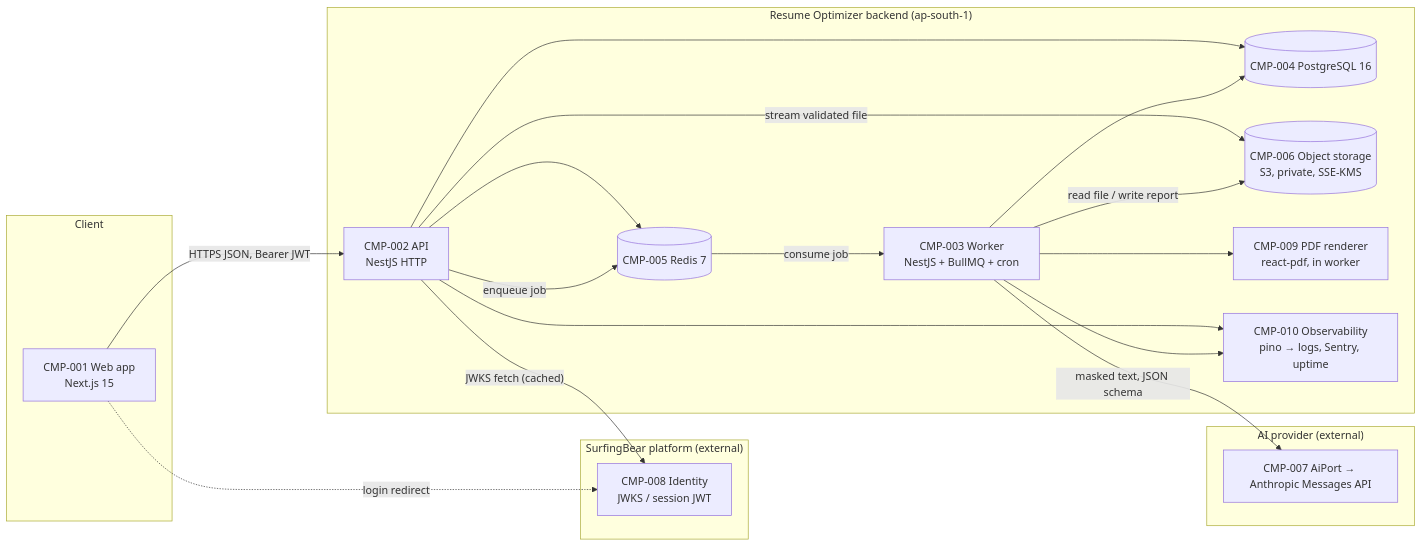
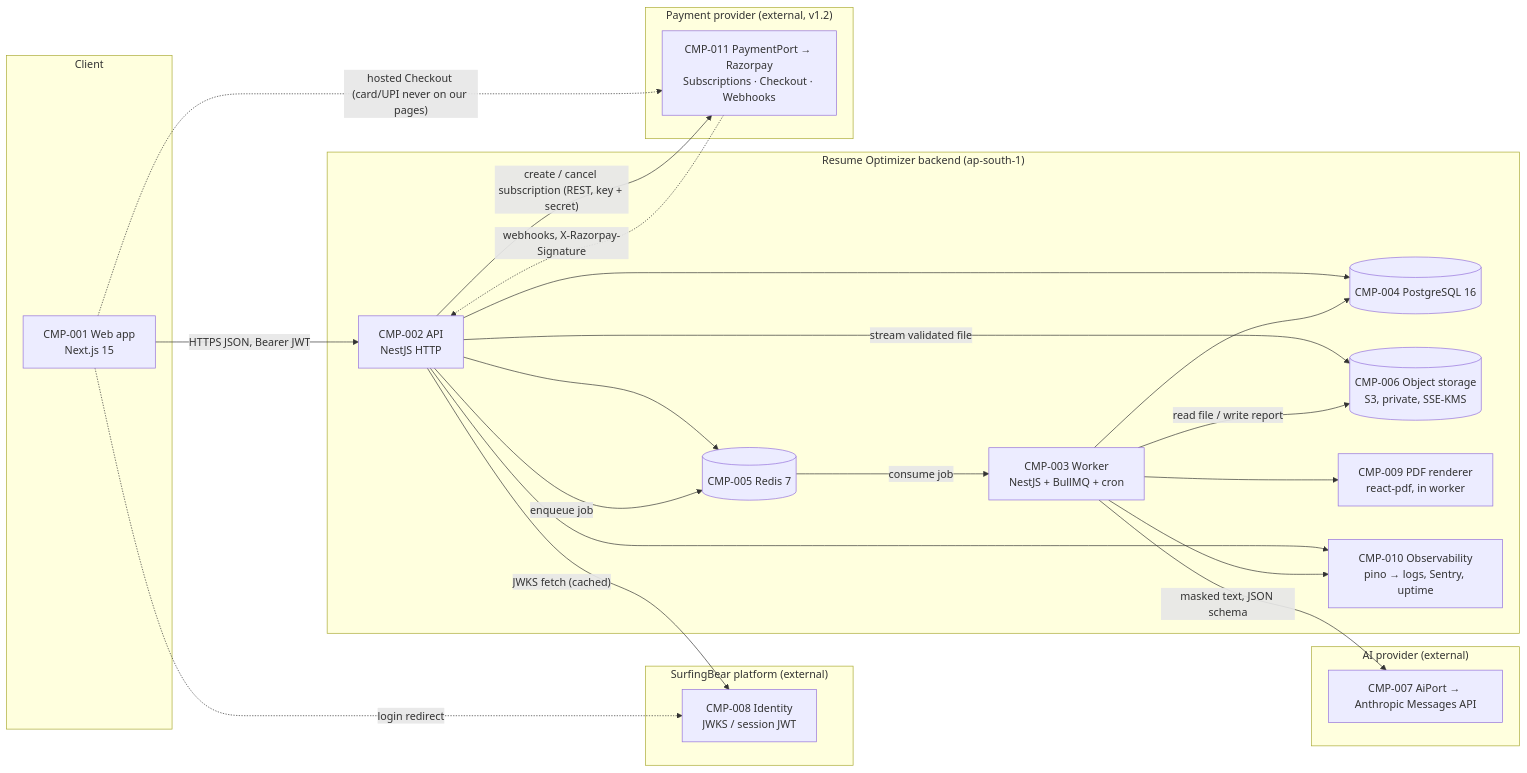
One commit to divii-school/spec-homework changed the first of 12 diagrams in sandip/spec.md. Above: the diagram before and after it, drawn with Mermaid. The commit also changed other lines of this file, not shown here.

First line of the commit message:
docs(spec): round 2 — architecture for Razorpay billing and comparison (section 4)

````diff
--- a/sandip/spec.md
+++ b/sandip/spec.md
@@ -464,35 +464,41 @@
 ```mermaid
 flowchart LR
   subgraph Client
     WEB[CMP-001 Web app<br/>Next.js 15]
   end
   subgraph Platform["SurfingBear platform (external)"]
     IDP[CMP-008 Identity<br/>JWKS / session JWT]
   end
   subgraph Backend["Resume Optimizer backend (ap-south-1)"]
     API[CMP-002 API<br/>NestJS HTTP]
     WRK[CMP-003 Worker<br/>NestJS + BullMQ + cron]
     PG[(CMP-004 PostgreSQL 16)]
     RD[(CMP-005 Redis 7)]
     S3[(CMP-006 Object storage<br/>S3, private, SSE-KMS)]
     PDF[CMP-009 PDF renderer<br/>react-pdf, in worker]
     OBS[CMP-010 Observability<br/>pino → logs, Sentry, uptime]
   end
   subgraph AI["AI provider (external)"]
     LLM[CMP-007 AiPort → Anthropic Messages API]
   end
+  subgraph PAY["Payment provider (external, v1.2)"]
+    RZP[CMP-011 PaymentPort → Razorpay<br/>Subscriptions · Checkout · Webhooks]
+  end
   WEB -- "HTTPS JSON, Bearer JWT" --> API
   WEB -. "login redirect" .-> IDP
   API -- "JWKS fetch (cached)" --> IDP
   API --> PG
   API --> RD
   API -- "stream validated file" --> S3
   API -- "enqueue job" --> RD
   RD -- "consume job" --> WRK
   WRK --> PG
   WRK -- "read file / write report" --> S3
   WRK -- "masked text, JSON schema" --> LLM
   WRK --> PDF
   API --> OBS
   WRK --> OBS
+  API -- "create / cancel subscription (REST, key + secret)" --> RZP
+  RZP -. "webhooks, X-Razorpay-Signature" .-> API
+  WEB -. "hosted Checkout (card/UPI never on our pages)" .-> RZP
 ```
````
